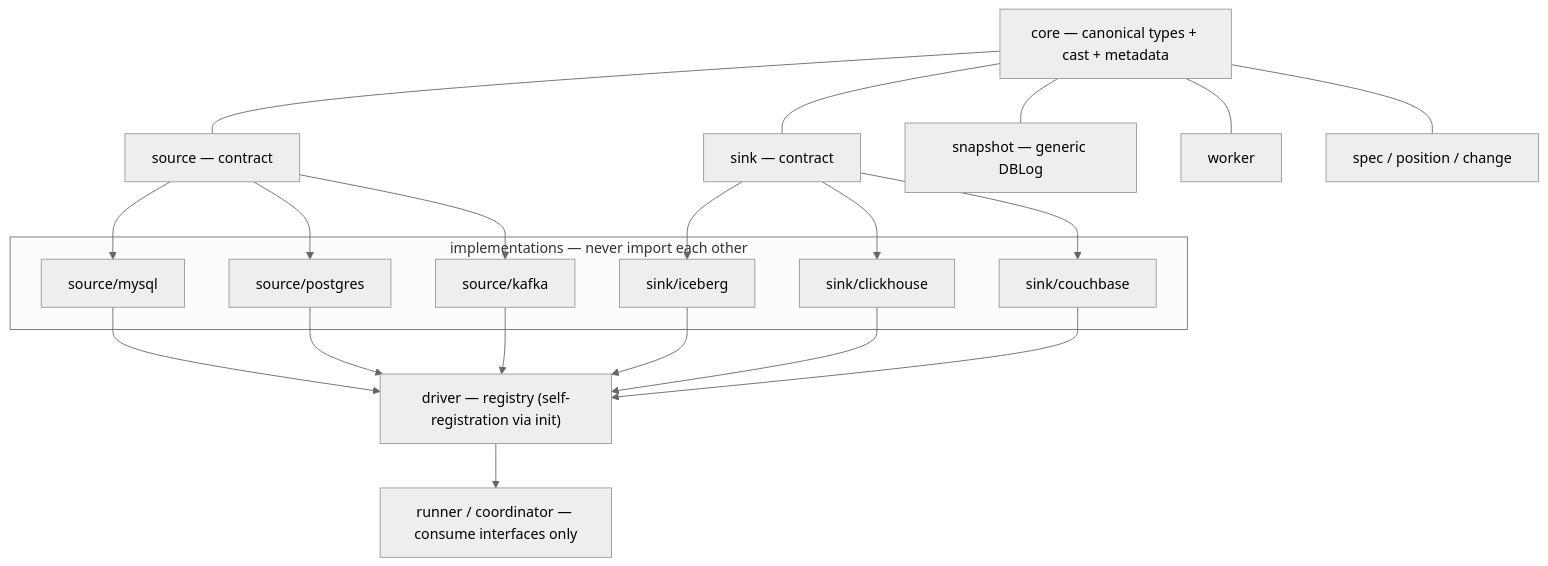
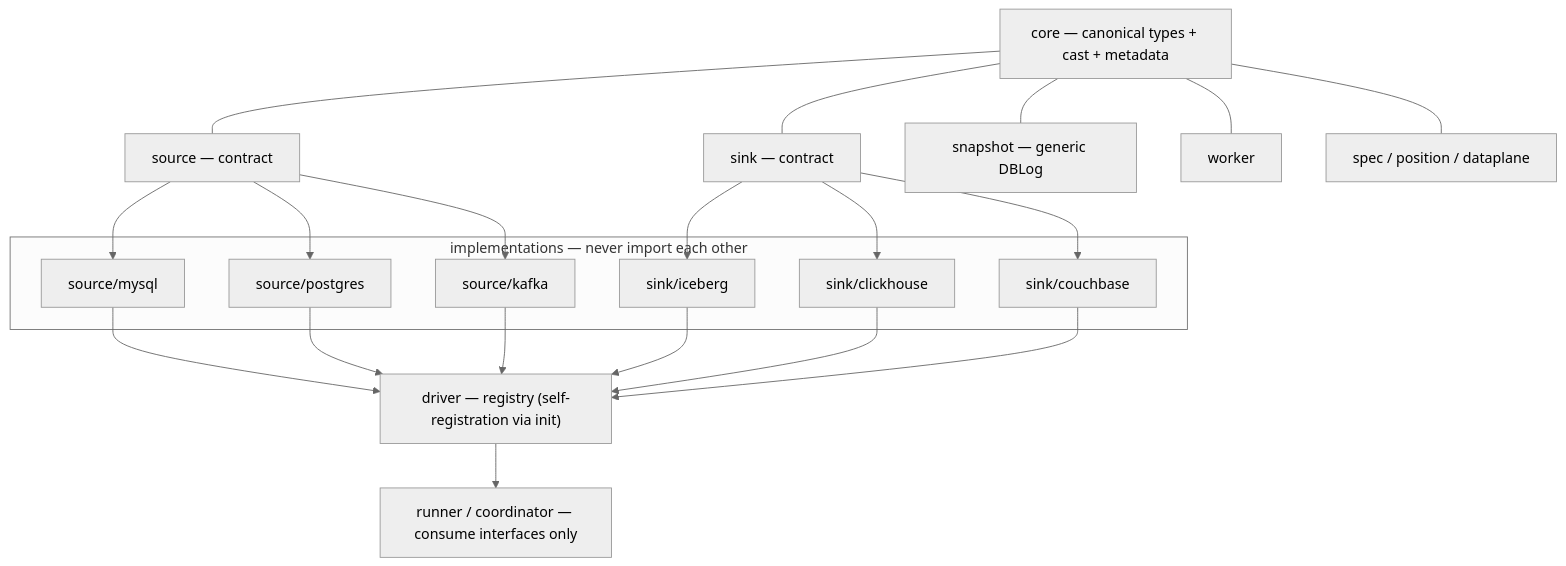
One commit to maltzsama/urutau changed the diagram in README.md. Above: the diagram before and after it, drawn with Mermaid (neutral theme). The commit also changed other lines of this file and 6 other files, not shown here.

````diff
--- a/README.md
+++ b/README.md
@@ -131,27 +131,27 @@
 ```mermaid
 flowchart TB
     CORE["core — canonical types + cast + metadata"]
     SRC["source — contract"]
     SNK["sink — contract"]
     SNAP["snapshot — generic DBLog"]
     WRK["worker"]
-    STD["spec / position / change"]
+    STD["spec / position / dataplane"]
 
     subgraph impls ["implementations — never import each other"]
         MYSQL["source/mysql"]
         PG["source/postgres"]
         KAFKA["source/kafka"]
         ICE["sink/iceberg"]
         CH["sink/clickhouse"]
         CB["sink/couchbase"]
     end
 
     DRV["driver — registry (self-registration via init)"]
     RUN["runner / coordinator — consume interfaces only"]
 
     CORE --- SRC & SNK & SNAP & WRK & STD
     SRC --> MYSQL & PG & KAFKA
     SNK --> ICE & CH & CB
     MYSQL & PG & KAFKA & ICE & CH & CB --> DRV
     DRV --> RUN
 ```
````
